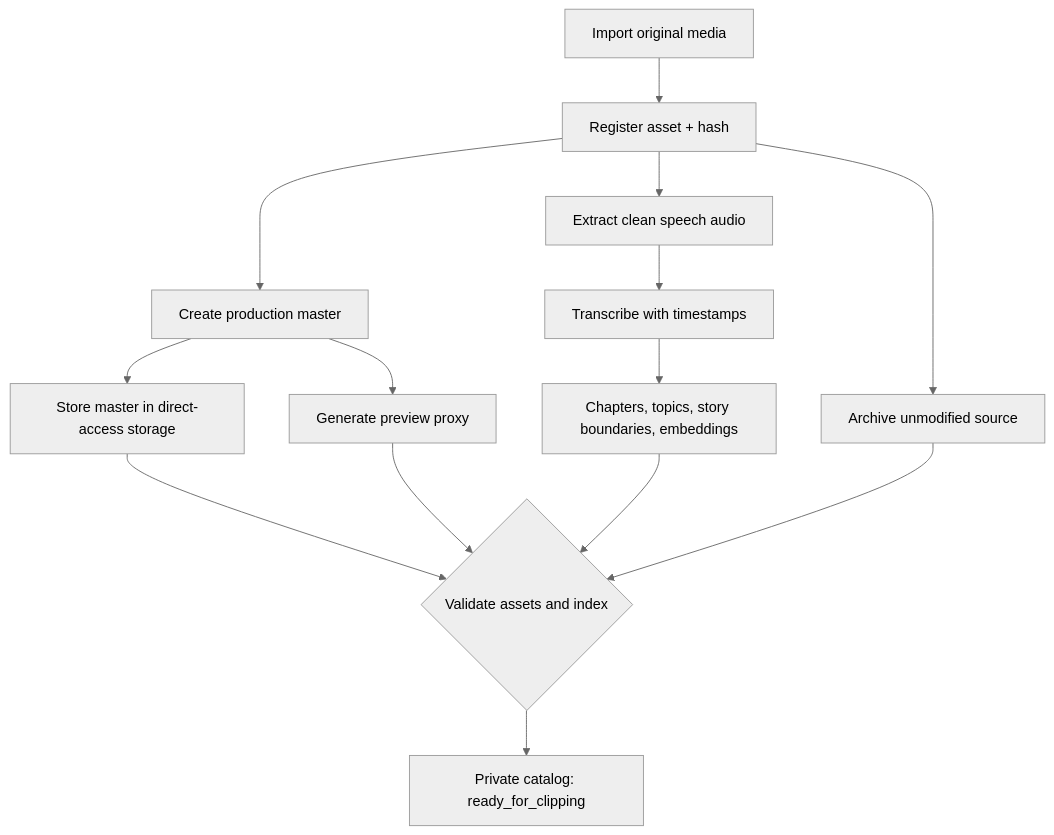
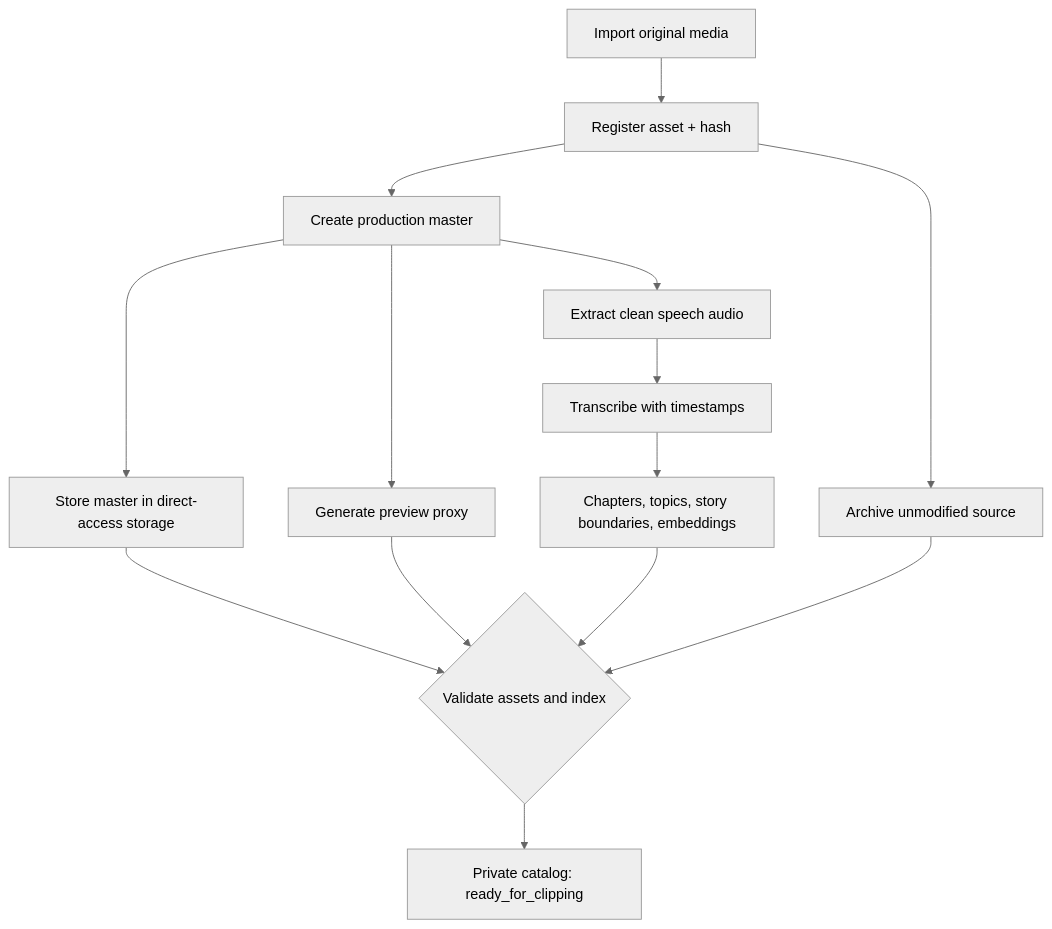
The diagram in website/docs/workflows/ingest-original.md (rafaelp/vidyom), drawn with Mermaid (neutral theme) before and after one commit. The commit also changed other lines of this file and 14 other files, not shown here.

````diff
--- a/website/docs/workflows/ingest-original.md
+++ b/website/docs/workflows/ingest-original.md
@@ -10,16 +10,16 @@
 ```mermaid
 flowchart TD
  A[Import original media] --> B[Register asset + hash]
  B --> C[Archive unmodified source]
  B --> D[Create production master]
  D --> E[Store master in direct-access storage]
  D --> F[Generate preview proxy]
- B --> G[Extract clean speech audio]
+ D --> G[Extract clean speech audio]
  G --> H[Transcribe with timestamps]
  H --> I[Chapters, topics, story boundaries, embeddings]
  E --> J{Validate assets and index}
  F --> J
  I --> J
  C --> J
  J --> K[Private catalog: ready_for_clipping]
 ```
````
